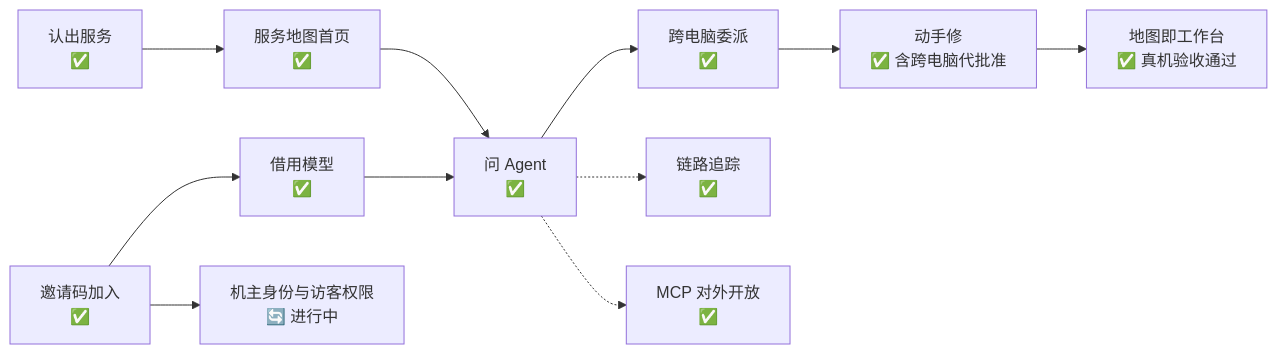
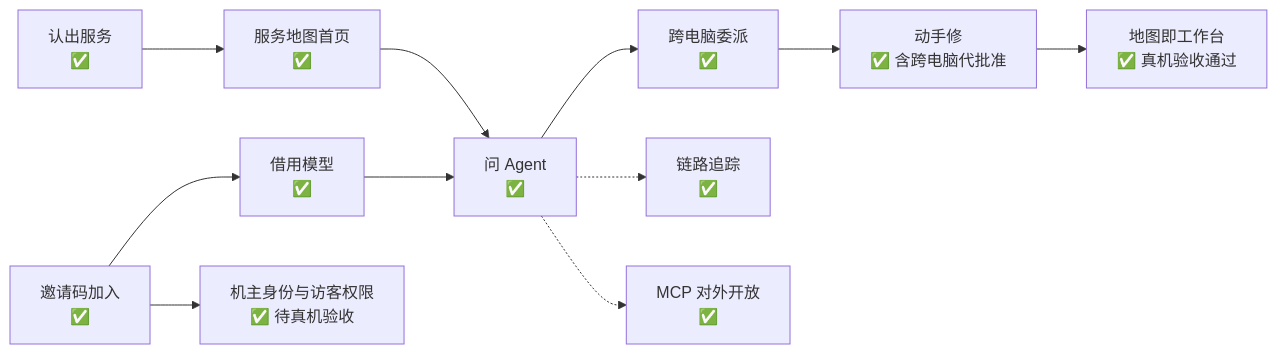
One commit to Sugarfarmeriod/TunnelMinion changed the diagram in docs/project/roadmap.md. Above: the diagram before and after it, drawn with Mermaid. The commit also changed other lines of this file and 1 other file, not shown here.

First line of the commit message:
docs: 机主身份已实现，写清真机验收命令并回写路线图 (#203)

````diff
--- a/docs/project/roadmap.md
+++ b/docs/project/roadmap.md
@@ -15,13 +15,13 @@
 ```mermaid
 flowchart LR
     S["认出服务<br/>✅"] --> M["服务地图首页<br/>✅"]
     M --> Q["问 Agent<br/>✅"]
     Q --> D["跨电脑委派<br/>✅"]
     D --> R["动手修<br/>✅ 含跨电脑代批准"]
     R --> W["地图即工作台<br/>✅ 真机验收通过"]
     J["邀请码加入<br/>✅"] --> B["借用模型<br/>✅"]
-    J --> I["机主身份与访客权限<br/>🔄 进行中"]
+    J --> I["机主身份与访客权限<br/>✅ 待真机验收"]
     B --> Q
     Q -.-> O["链路追踪<br/>✅"]
     Q -.-> X["MCP 对外开放<br/>✅"]
 ```
````
